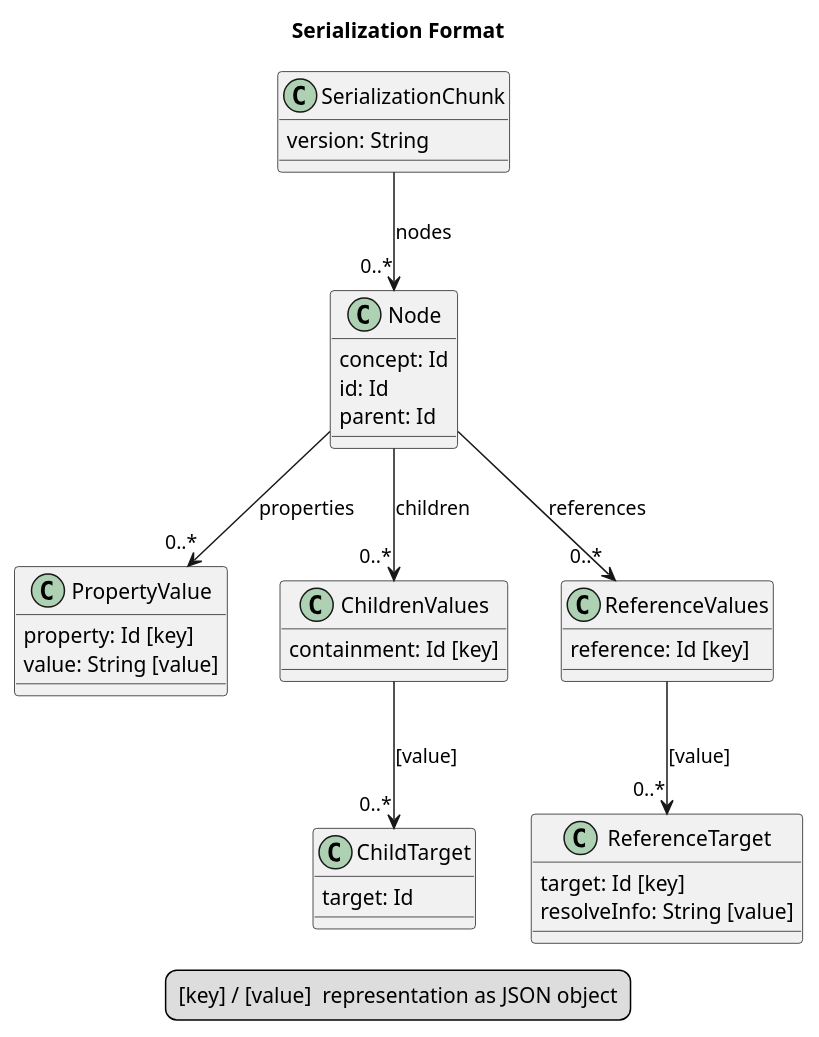
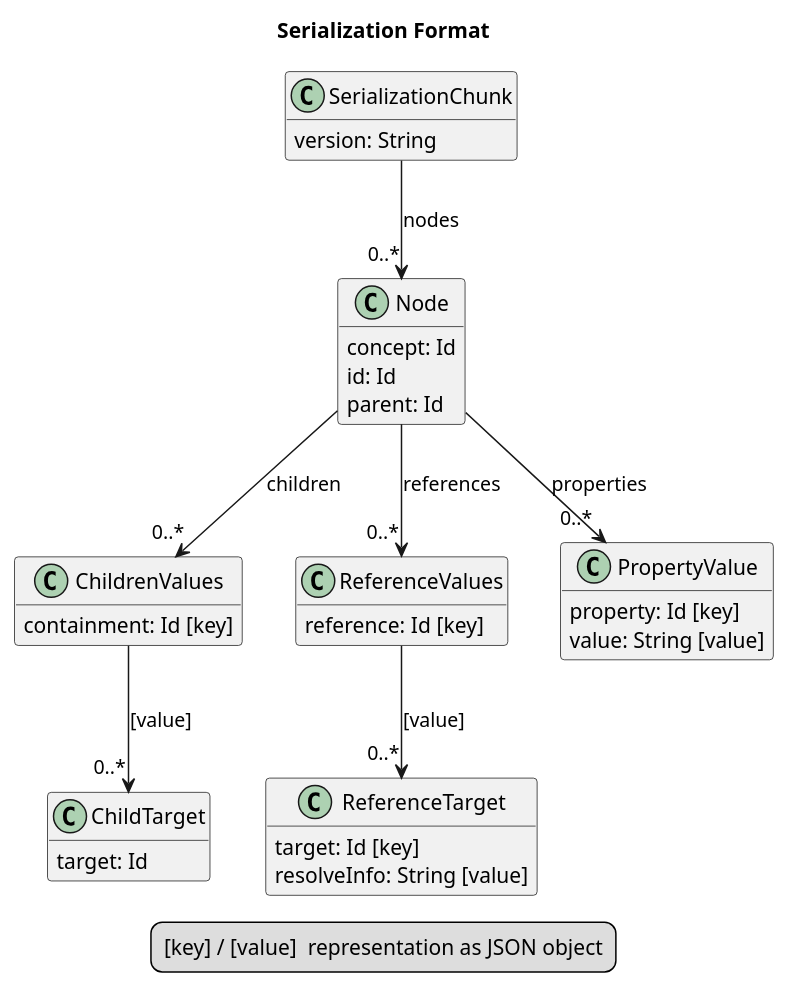
Before and after one commit to LionWeb-io/specification: the diagram in lioncore/serialization.puml, drawn with PlantUML. The commit also changed 2 other files, not shown here.

```diff
--- a/lioncore/serialization.puml
+++ b/lioncore/serialization.puml
@@ -1,53 +1,54 @@
 @startuml
+title Serialization Format
 
-title Serialization Format
+hide empty members
 
 legend
     <#transparent,#transparent>| [key] / [value] | representation as JSON object |
 end legend
 
 class SerializationChunk {
     version: String
 }
 
 SerializationChunk --> "0..*" Node: nodes
 
 class Node {
     concept: Id
     id: Id
     parent: Id
-}
-
-Node --> "0..*" PropertyValue: properties
-
-class PropertyValue {
-    property: Id [key]
-    value: String [value]
 }
 
 Node --> "0..*" ChildrenValues: children
 
 class ChildrenValues {
     containment: Id [key]
 }
 
 ChildrenValues --> "0..*" ChildTarget: [value]
 
 class ChildTarget {
     target: Id
 }
 
 Node --> "0..*" ReferenceValues: references
 
 class ReferenceValues {
     reference: Id [key]
 }
 
 ReferenceValues --> "0..*" ReferenceTarget: [value]
 
 class ReferenceTarget {
     target: Id [key]
     resolveInfo: String [value]
 }
 
+Node --> "0..*" PropertyValue: properties
+
+class PropertyValue {
+    property: Id [key]
+    value: String [value]
+}
+
 @enduml
```
